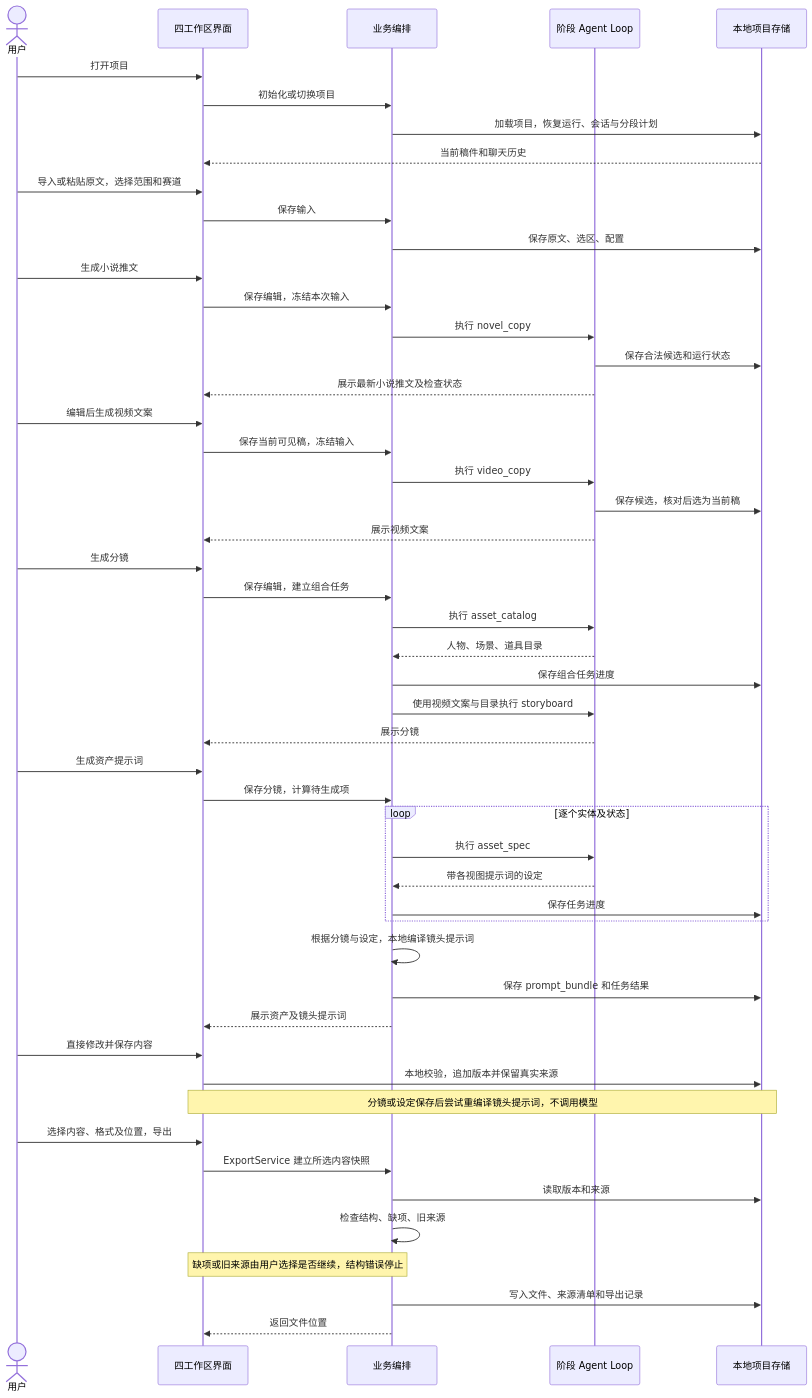
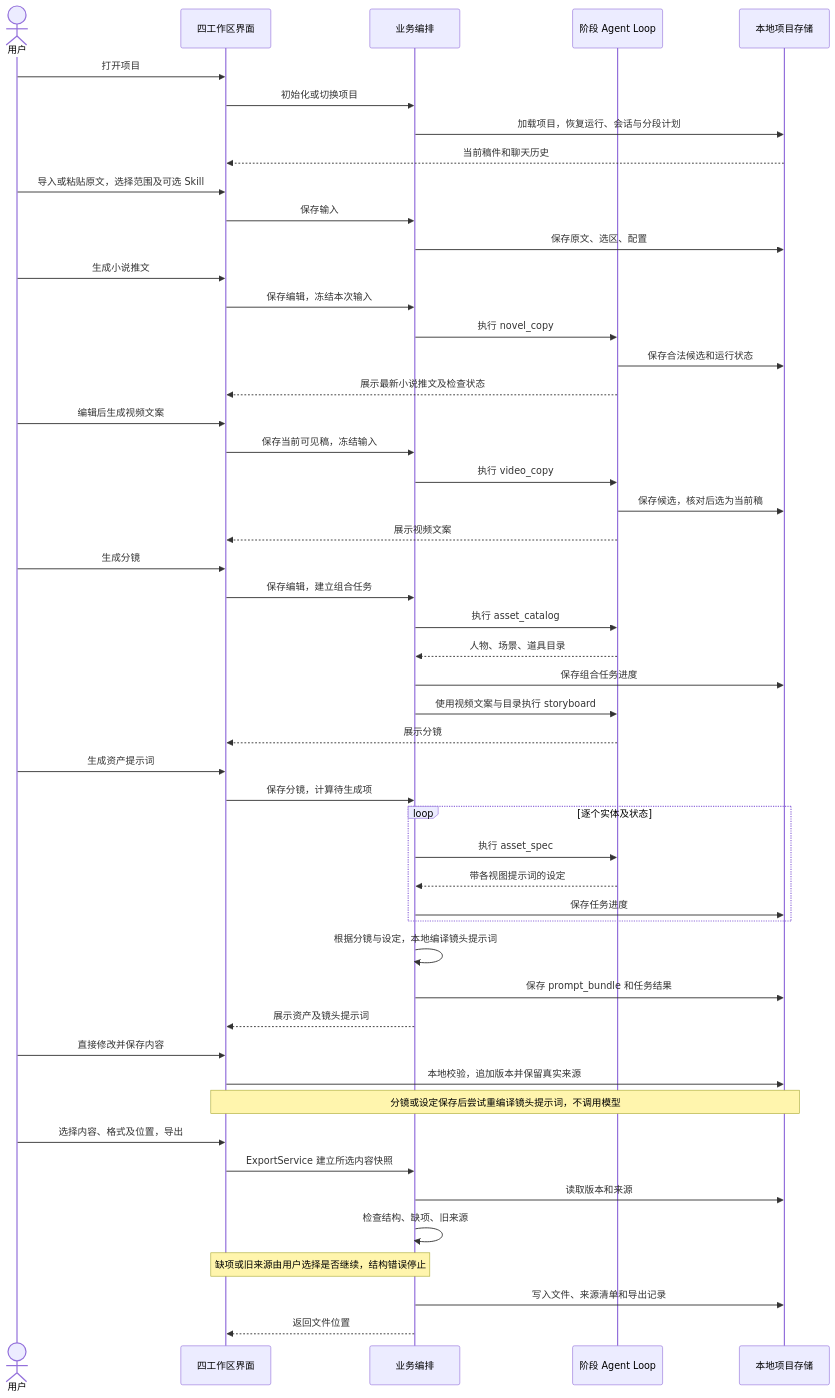
One commit to thisHobart/NovelWriter changed the third of 5 diagrams in docs/short_video/architecture.md. Above: the diagram before and after it, drawn with Mermaid. The commit also changed other lines of this file and 20 other files, not shown here.

````diff
--- a/docs/short_video/architecture.md
+++ b/docs/short_video/architecture.md
@@ -153,52 +151,52 @@
 ```mermaid
 sequenceDiagram
     actor U as 用户
     participant UI as 四工作区界面
     participant B as 业务编排
     participant A as 阶段 Agent Loop
     participant S as 本地项目存储
     U->>UI: 打开项目
     UI->>B: 初始化或切换项目
     B->>S: 加载项目，恢复运行、会话与分段计划
     S-->>UI: 当前稿件和聊天历史
-    U->>UI: 导入或粘贴原文，选择范围和赛道
+    U->>UI: 导入或粘贴原文，选择范围及可选 Skill
     UI->>B: 保存输入
     B->>S: 保存原文、选区、配置
     U->>UI: 生成小说推文
     UI->>B: 保存编辑，冻结本次输入
     B->>A: 执行 novel_copy
     A->>S: 保存合法候选和运行状态
     A-->>UI: 展示最新小说推文及检查状态
     U->>UI: 编辑后生成视频文案
     UI->>B: 保存当前可见稿，冻结输入
     B->>A: 执行 video_copy
     A->>S: 保存候选，核对后选为当前稿
     A-->>UI: 展示视频文案
     U->>UI: 生成分镜
     UI->>B: 保存编辑，建立组合任务
     B->>A: 执行 asset_catalog
     A-->>B: 人物、场景、道具目录
     B->>S: 保存组合任务进度
     B->>A: 使用视频文案与目录执行 storyboard
     A-->>UI: 展示分镜
     U->>UI: 生成资产提示词
     UI->>B: 保存分镜，计算待生成项
     loop 逐个实体及状态
         B->>A: 执行 asset_spec
         A-->>B: 带各视图提示词的设定
         B->>S: 保存任务进度
     end
     B->>B: 根据分镜与设定，本地编译镜头提示词
     B->>S: 保存 prompt_bundle 和任务结果
     B-->>UI: 展示资产及镜头提示词
     U->>UI: 直接修改并保存内容
     UI->>S: 本地校验，追加版本并保留真实来源
     Note over UI,S: 分镜或设定保存后尝试重编译镜头提示词，不调用模型
     U->>UI: 选择内容、格式及位置，导出
     UI->>B: ExportService 建立所选内容快照
     B->>S: 读取版本和来源
     B->>B: 检查结构、缺项、旧来源
     Note over UI,B: 缺项或旧来源由用户选择是否继续，结构错误停止
     B->>S: 写入文件、来源清单和导出记录
     B-->>UI: 返回文件位置
 ```
````
